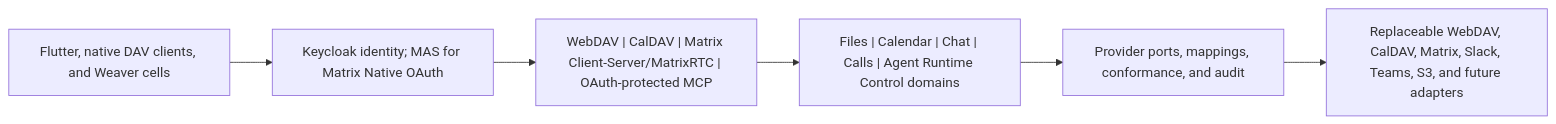
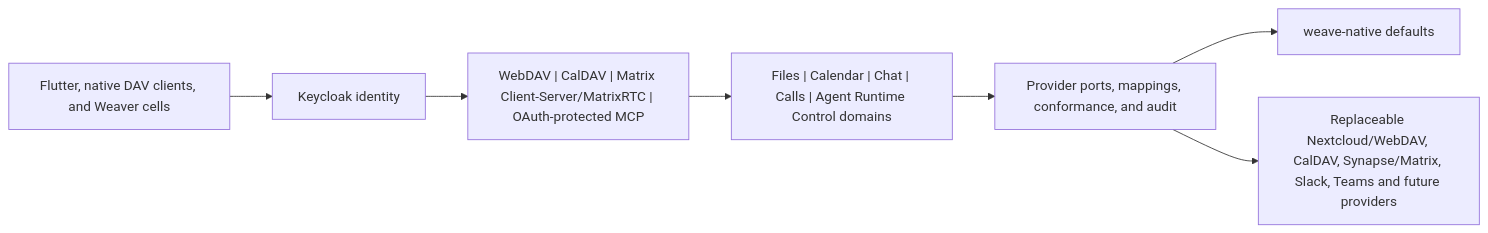
The diagram in README.md (masssi164/weave), drawn with Mermaid before and after one commit. The commit also changed other lines of this file, not shown here.

Commit message:
docs: align frontdoor with native-provider architecture

````diff
--- a/README.md
+++ b/README.md
@@ -36,8 +38,9 @@
 ```mermaid
 flowchart LR
-  clients["Flutter, native DAV clients, and Weaver cells"] --> oidc["Keycloak identity; MAS for Matrix Native OAuth"]
+  clients["Flutter, native DAV clients, and Weaver cells"] --> oidc["Keycloak identity"]
   oidc --> northbound["WebDAV | CalDAV | Matrix Client-Server/MatrixRTC | OAuth-protected MCP"]
   northbound --> domains["Files | Calendar | Chat | Calls | Agent Runtime Control domains"]
   domains --> ports["Provider ports, mappings, conformance, and audit"]
-  ports --> providers["Replaceable WebDAV, CalDAV, Matrix, Slack, Teams, S3, and future adapters"]
+  ports --> native["weave-native defaults"]
+  ports --> optional["Replaceable Nextcloud/WebDAV, CalDAV, Synapse/Matrix, Slack, Teams and future providers"]
 ```
````
